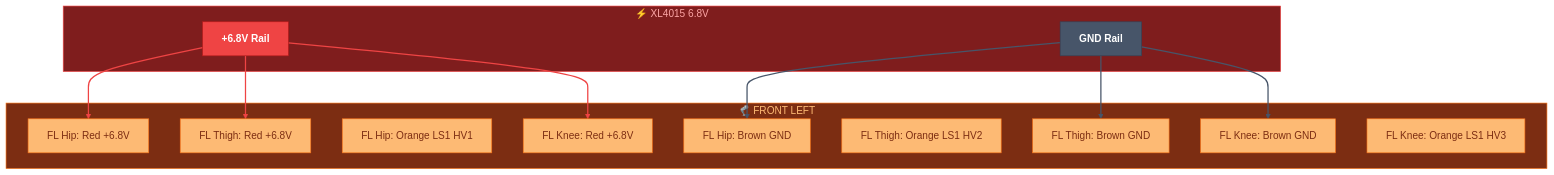
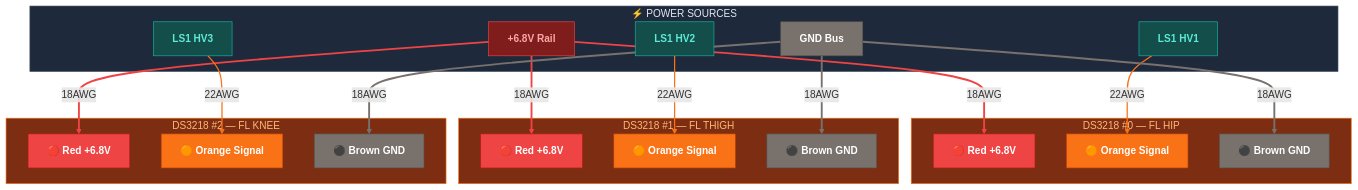
The first of 4 diagrams in control/docs/wiring_servo_power.md (Major-Project-001/VIGIL-RQ), drawn with Mermaid before and after one commit. The commit also changed other lines of this file and 7 other files, not shown here.

Commit message:
docs: Add control README with reading order, enhance all wiring docs with specs/troubleshooting/diagrams

````diff
--- a/control/docs/wiring_servo_power.md
+++ b/control/docs/wiring_servo_power.md
@@ -11,36 +32,53 @@
 ```mermaid
-graph TB
-    classDef servoPin fill:#fdba74,stroke:#f97316,color:#7c2d12
-    classDef power fill:#ef4444,stroke:#b91c1c,color:#fff,font-weight:bold
-    classDef gnd fill:#475569,stroke:#334155,color:#fff,font-weight:bold
+graph TD
+    classDef red fill:#ef4444,stroke:#b91c1c,color:#fff,font-weight:bold
+    classDef orange fill:#f97316,stroke:#c2410c,color:#fff,font-weight:bold
+    classDef brown fill:#78716c,stroke:#57534e,color:#fff,font-weight:bold
+    classDef rail fill:#7f1d1d,stroke:#ef4444,color:#fca5a5,font-weight:bold
+    classDef ls fill:#134e4a,stroke:#14b8a6,color:#5eead4,font-weight:bold
 
-    subgraph RAIL_FL["⚡ XL4015 6.8V"]
-        RP1["+6.8V Rail"]:::power
-        RG1["GND Rail"]:::gnd
+    subgraph SOURCES_FL["⚡ POWER SOURCES"]
+        RP1["+6.8V Rail"]:::rail
+        RG1["GND Bus"]:::brown
+        LS1_HV1["LS1 HV1"]:::ls
+        LS1_HV2["LS1 HV2"]:::ls
+        LS1_HV3["LS1 HV3"]:::ls
     end
 
-    subgraph FL_PWR["🦿 FRONT LEFT"]
-        FLH_P["FL Hip: Red +6.8V"]:::servoPin
-        FLH_G["FL Hip: Brown GND"]:::servoPin
-        FLH_S["FL Hip: Orange LS1 HV1"]:::servoPin
-        FLT_P["FL Thigh: Red +6.8V"]:::servoPin
-        FLT_G["FL Thigh: Brown GND"]:::servoPin
-        FLT_S["FL Thigh: Orange LS1 HV2"]:::servoPin
-        FLK_P["FL Knee: Red +6.8V"]:::servoPin
-        FLK_G["FL Knee: Brown GND"]:::servoPin
-        FLK_S["FL Knee: Orange LS1 HV3"]:::servoPin
+    subgraph S0["DS3218 #0 — FL HIP"]
+        S0_R["🔴 Red +6.8V"]:::red
+        S0_O["🟠 Orange Signal"]:::orange
+        S0_B["⚫ Brown GND"]:::brown
     end
 
-    RP1 ==> FLH_P
-    RP1 ==> FLT_P
-    RP1 ==> FLK_P
-    RG1 ==> FLH_G
-    RG1 ==> FLT_G
-    RG1 ==> FLK_G
+    subgraph S1["DS3218 #1 — FL THIGH"]
+        S1_R["🔴 Red +6.8V"]:::red
+        S1_O["🟠 Orange Signal"]:::orange
+        S1_B["⚫ Brown GND"]:::brown
+    end
 
-    linkStyle 0,1,2 stroke:#ef4444,stroke-width:2px
-    linkStyle 3,4,5 stroke:#475569,stroke-width:2px
+    subgraph S2["DS3218 #2 — FL KNEE"]
+        S2_R["🔴 Red +6.8V"]:::red
+        S2_O["🟠 Orange Signal"]:::orange
+        S2_B["⚫ Brown GND"]:::brown
+    end
 
-    style RAIL_FL fill:#7f1d1d,stroke:#ef4444,color:#fca5a5
-    style FL_PWR fill:#7c2d12,stroke:#f97316,color:#fdba74
+    RP1 ==>|"18AWG"| S0_R
+    RP1 ==>|"18AWG"| S1_R
+    RP1 ==>|"18AWG"| S2_R
+    LS1_HV1 -->|"22AWG"| S0_O
+    LS1_HV2 -->|"22AWG"| S1_O
+    LS1_HV3 -->|"22AWG"| S2_O
+    RG1 ==>|"18AWG"| S0_B
+    RG1 ==>|"18AWG"| S1_B
+    RG1 ==>|"18AWG"| S2_B
+
+    linkStyle 0,1,2 stroke:#ef4444,stroke-width:3px
+    linkStyle 3,4,5 stroke:#f97316,stroke-width:2px
+    linkStyle 6,7,8 stroke:#78716c,stroke-width:3px
+
+    style SOURCES_FL fill:#1e293b,stroke:#475569,color:#e2e8f0
+    style S0 fill:#7c2d12,stroke:#f97316,color:#fdba74
+    style S1 fill:#7c2d12,stroke:#f97316,color:#fdba74
+    style S2 fill:#7c2d12,stroke:#f97316,color:#fdba74
 ```
````
